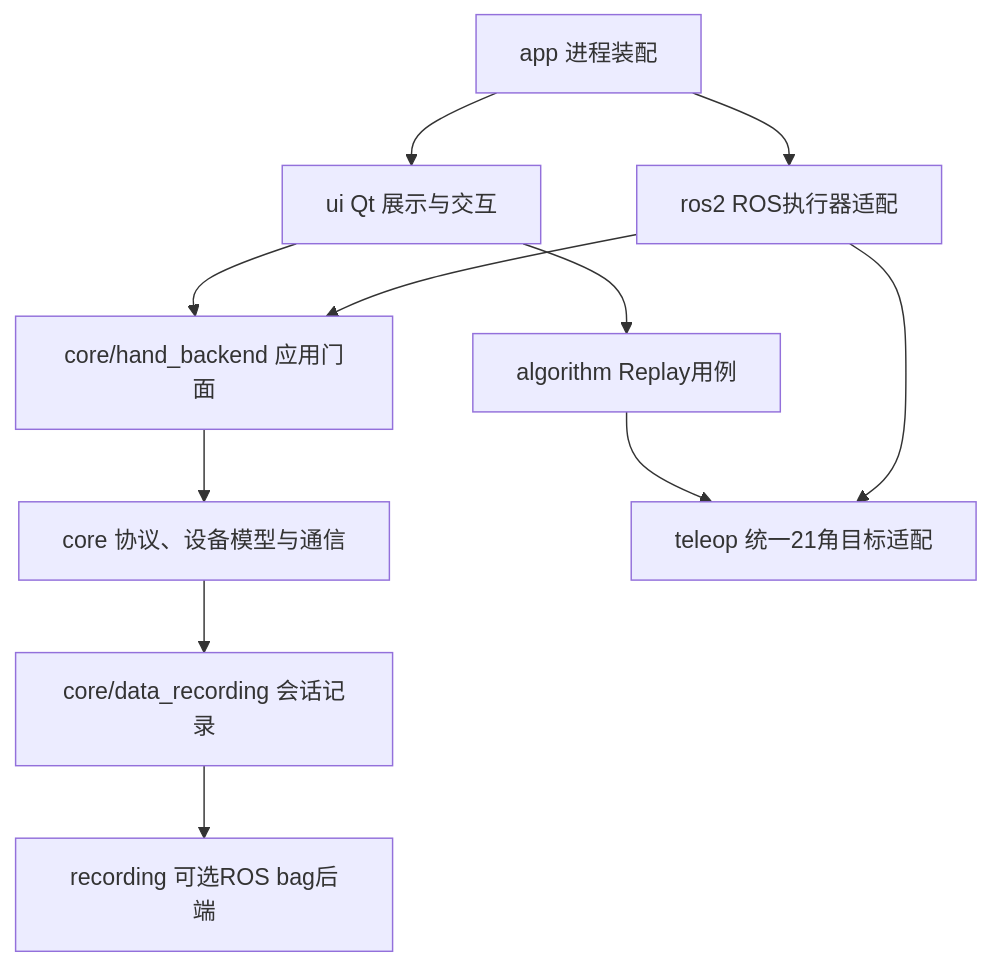
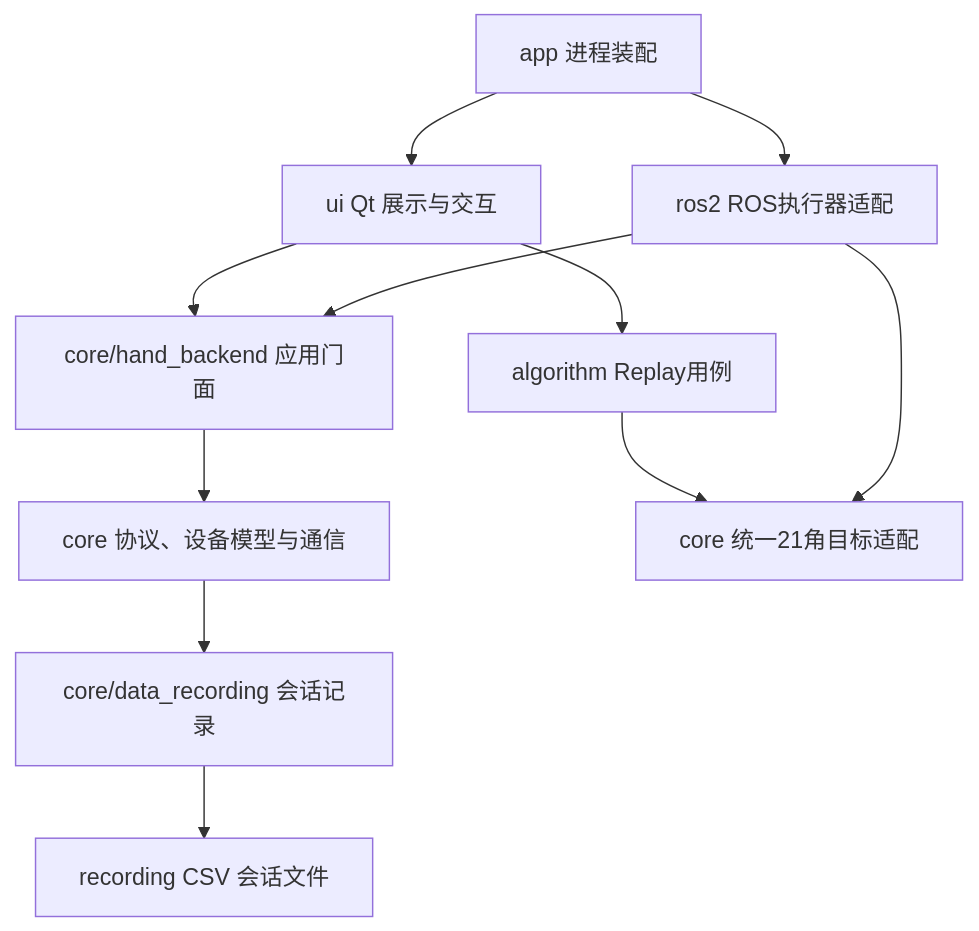
The first of 2 diagrams in desktop/ARCHITECTURE_P0.md (mm-hand/mmhand-core-software), drawn with Mermaid before and after one commit. The commit also changed other lines of this file and 175 other files, not shown here.

````diff
--- a/desktop/ARCHITECTURE_P0.md
+++ b/desktop/ARCHITECTURE_P0.md
@@ -17,13 +17,13 @@
 ```mermaid
 flowchart TD
     APP["app 进程装配"] --> UI["ui Qt 展示与交互"]
     APP --> ROS["ros2 ROS执行器适配"]
     UI --> BACKEND["core/hand_backend 应用门面"]
     ROS --> BACKEND
     UI --> ALG["algorithm Replay用例"]
     BACKEND --> CORE["core 协议、设备模型与通信"]
-    ALG --> ADAPTER["teleop 统一21角目标适配"]
+    ALG --> ADAPTER["core 统一21角目标适配"]
     ROS --> ADAPTER
     CORE --> REC["core/data_recording 会话记录"]
-    REC --> BAG["recording 可选ROS bag后端"]
+    REC --> CSV["recording CSV 会话文件"]
 ```
````
